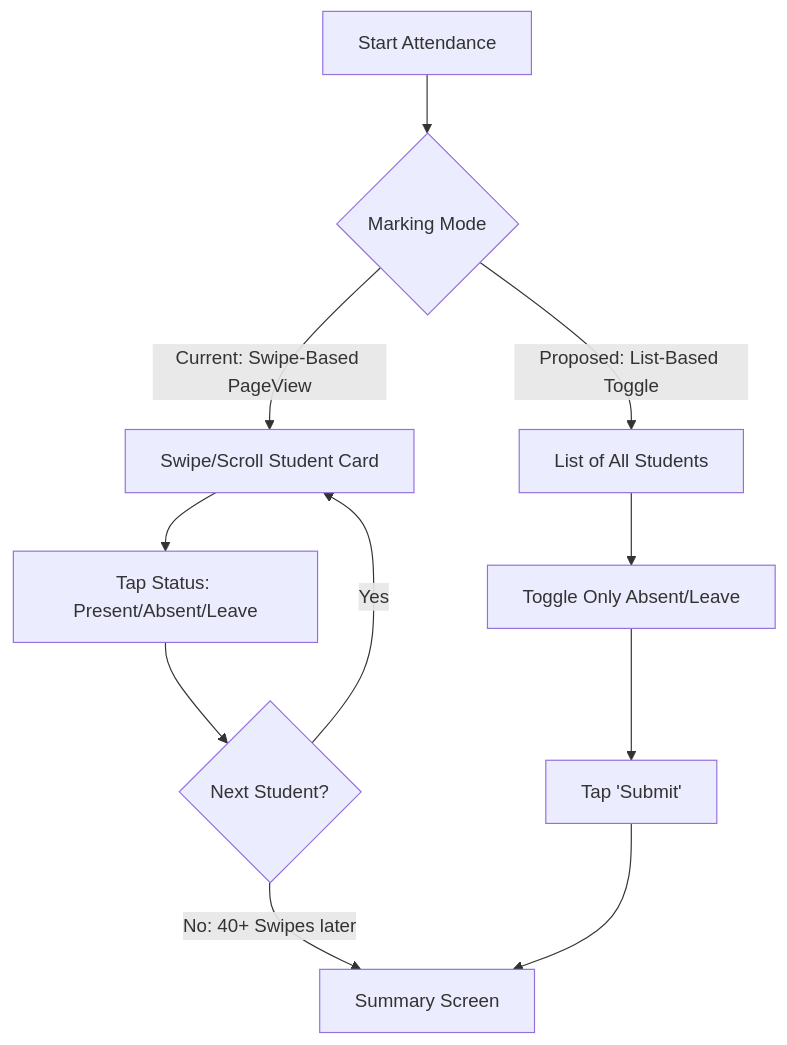
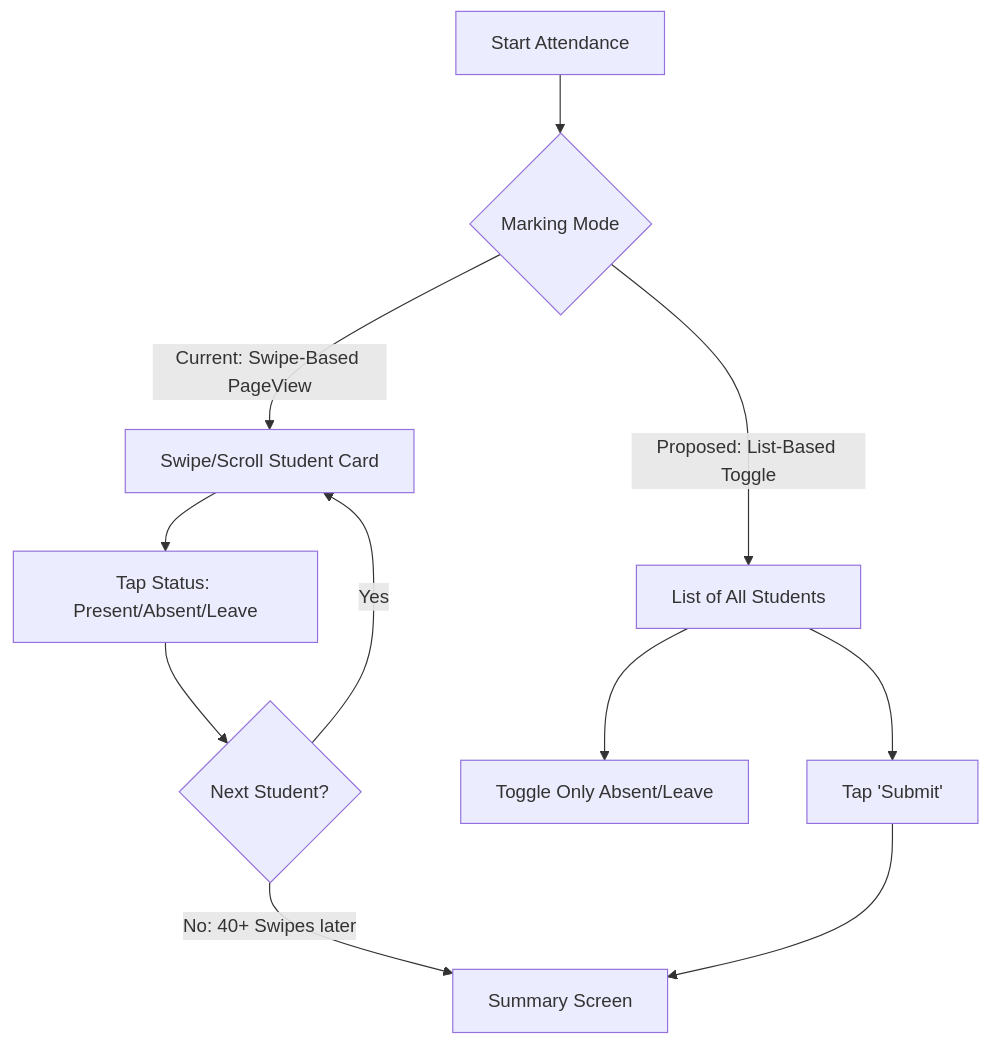
One commit to PandeyUpendra/school-attendance-app changed the diagram in UX_REPORT.md. Above: the diagram before and after it, drawn with Mermaid. The commit also changed other lines of this file and 2 other files, not shown here.

````diff
--- a/UX_REPORT.md
+++ b/UX_REPORT.md
@@ -25,14 +26,14 @@
 ```mermaid
 graph TD
     A[Start Attendance] --> B{Marking Mode}
     B -->|Current: Swipe-Based PageView| C[Swipe/Scroll Student Card]
     C --> D[Tap Status: Present/Absent/Leave]
     D --> E{Next Student?}
     E -->|Yes| C
     E -->|No: 40+ Swipes later| F[Summary Screen]
     
     B -->|Proposed: List-Based Toggle| G[List of All Students]
     G --> H[Toggle Only Absent/Leave]
-    H --> I[Tap 'Submit']
+    G --> I[Tap 'Submit']
     I --> F
 ```
````
